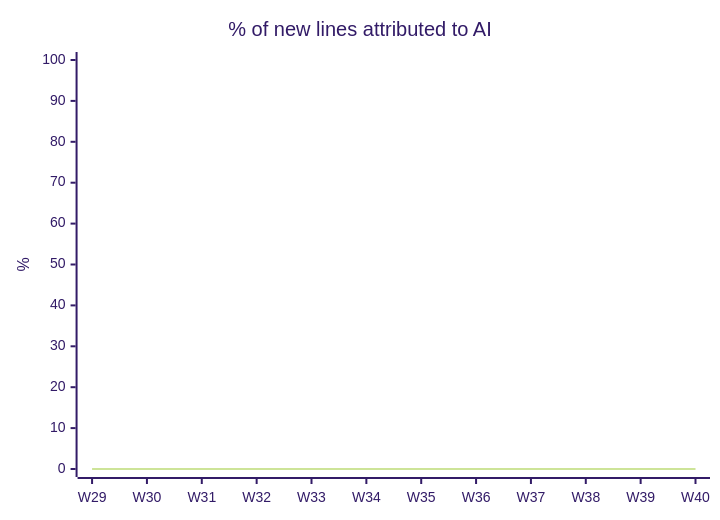
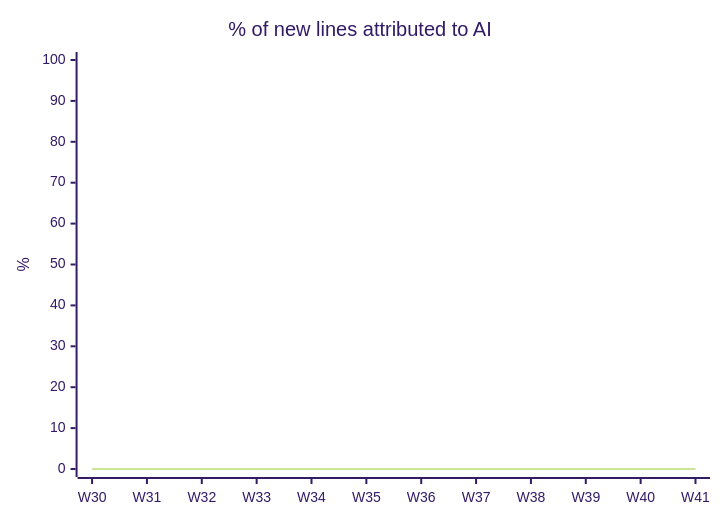
Before and after one commit to fromwaydowntown/ai-use: the diagram in docs/AI_USAGE.md, drawn with Mermaid (forest theme). The commit also changed other lines of this file, not shown here.

````diff
--- a/docs/AI_USAGE.md
+++ b/docs/AI_USAGE.md
@@ -17,7 +17,7 @@
 ```mermaid
 xychart-beta
     title "% of new lines attributed to AI"
-    x-axis ["W29", "W30", "W31", "W32", "W33", "W34", "W35", "W36", "W37", "W38", "W39", "W40"]
+    x-axis ["W30", "W31", "W32", "W33", "W34", "W35", "W36", "W37", "W38", "W39", "W40", "W41"]
     y-axis "%" 0 --> 100
     line [0, 0, 0, 0, 0, 0, 0, 0, 0, 0, 0, 0]
 ```
````
